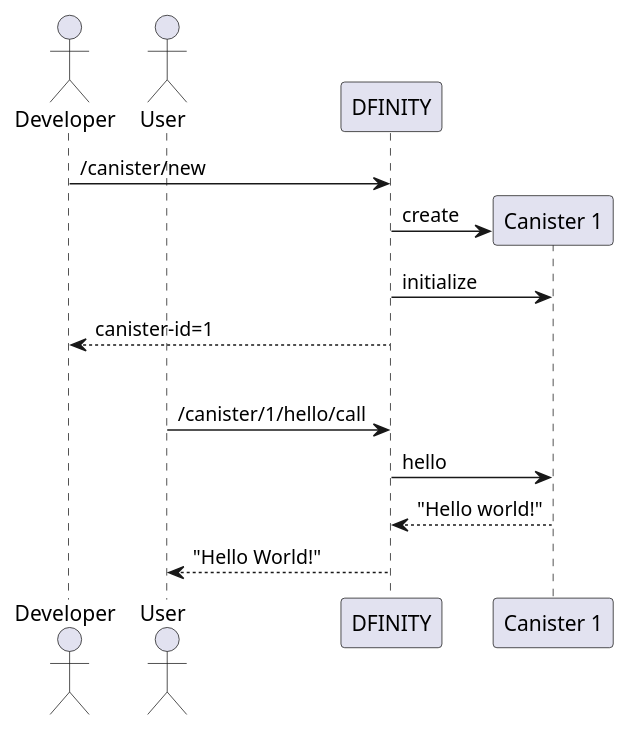
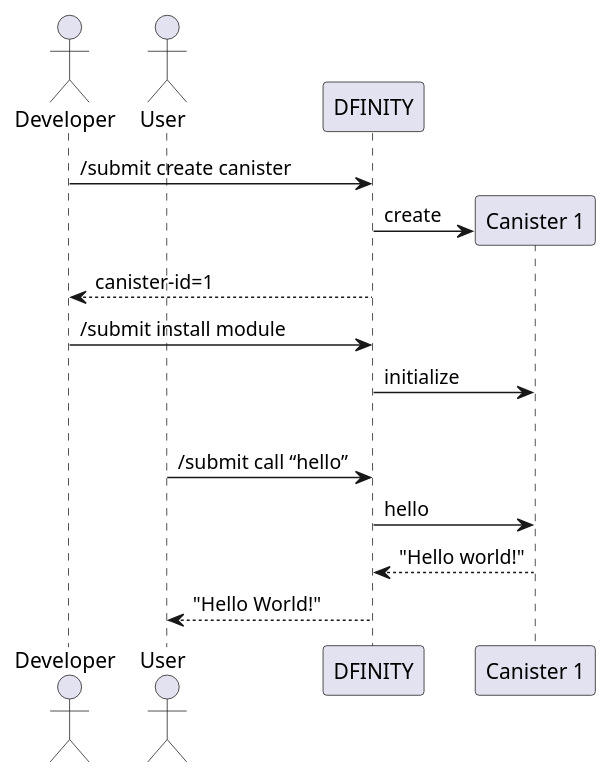
One commit to dfinity/interface-spec changed the first of 2 diagrams in spec/index.adoc. Above: the diagram before and after it, drawn with PlantUML. The commit also changed other lines of this file, not shown here.

First line of the commit message:
Public Spec: JSON-RPC’ify the interface DFN-142 (dfinity-lab/dfinity#528)

```diff
--- a/spec/index.adoc
+++ b/spec/index.adoc
@@ -80,18 +79,18 @@
 [plantuml]
 ....
 actor Developer
 actor User
 participant DFINITY
 participant "Canister 1" as Can1
-Developer -> DFINITY : /canister/new
+Developer -> DFINITY : /submit create canister
 create Can1
 DFINITY -> Can1 : create
+Developer <-- DFINITY : canister-id=1
+Developer -> DFINITY : /submit install module
 DFINITY -> Can1 : initialize
-Developer <-- DFINITY : canister-id=1
 |||
-User -> DFINITY : /canister/1/hello/call
+User -> DFINITY : /submit call “hello”
 DFINITY -> Can1 : hello
 return "Hello world!"
 User <-- DFINITY : "Hello World!"
-
 ....
```
